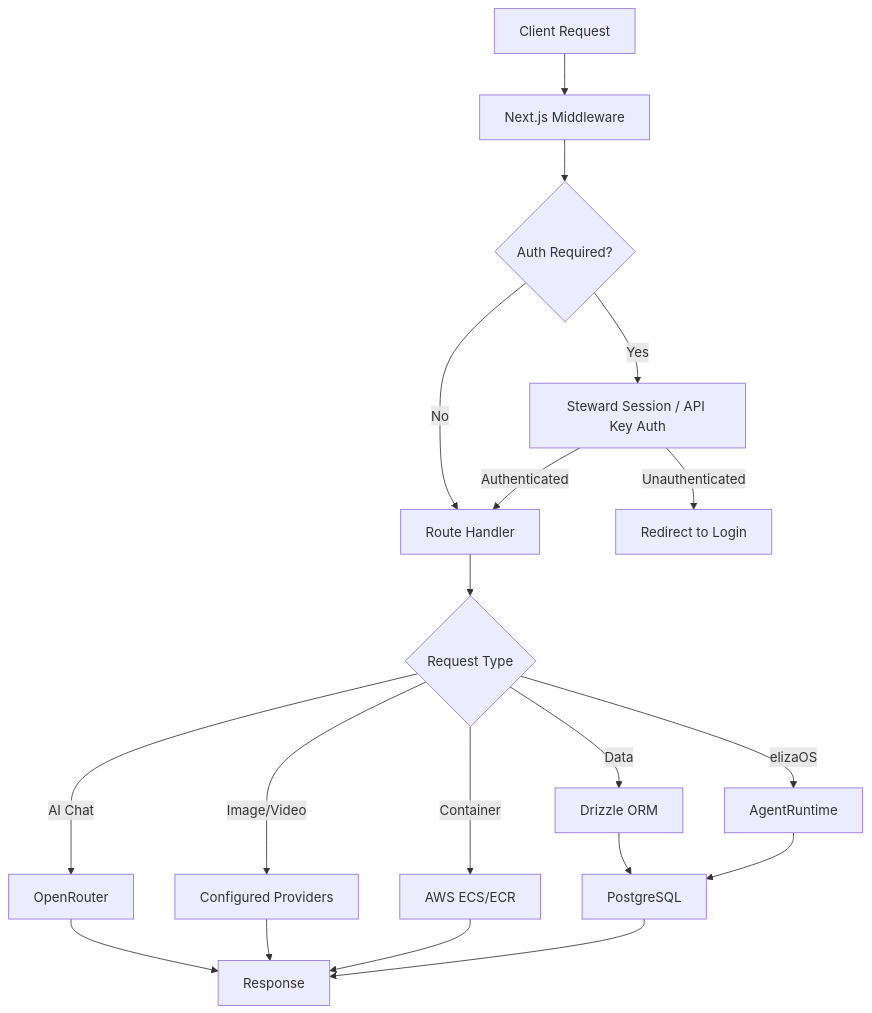
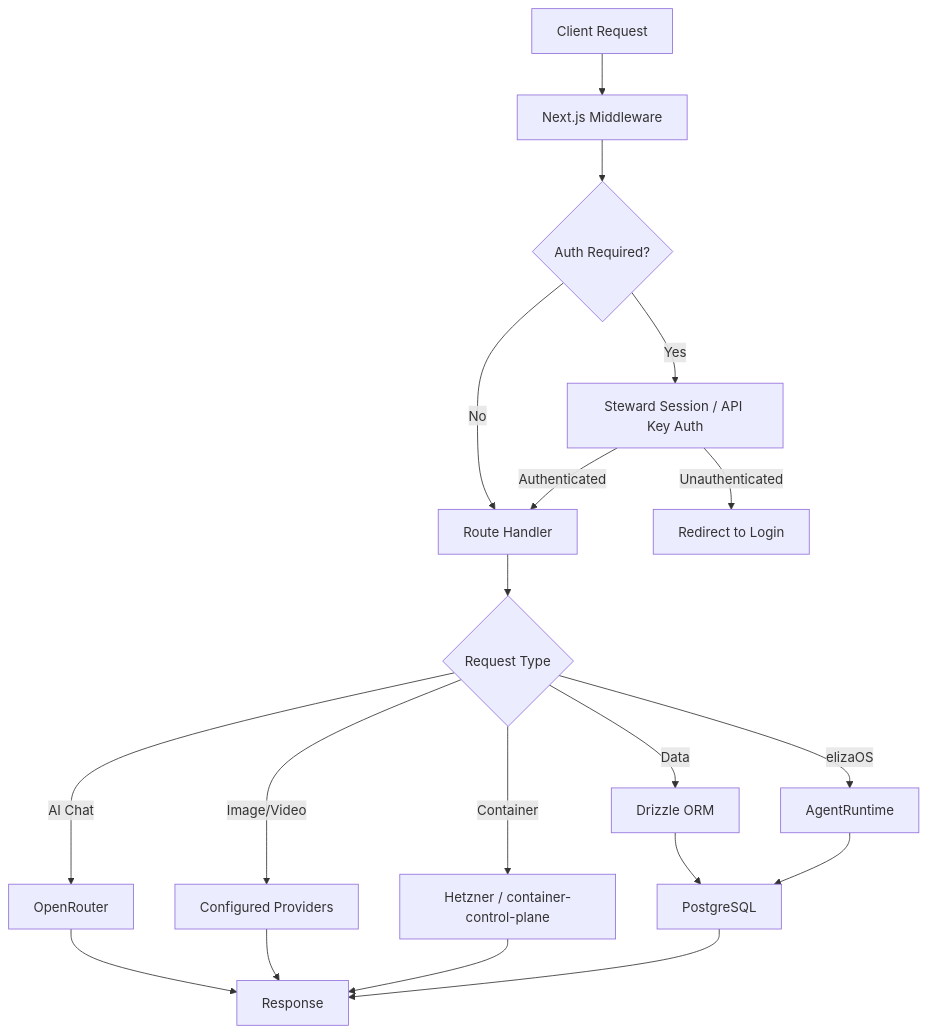
The diagram in packages/cloud-shared/README.md (elizaOS/eliza), drawn with Mermaid before and after one commit. The commit also changed other lines of this file and 730 other files, not shown here.

````diff
--- a/packages/cloud-shared/README.md
+++ b/packages/cloud-shared/README.md
@@ -268,21 +263,21 @@
 ```mermaid
 graph TD
     A[Client Request] --> B[Next.js Middleware]
     B --> C{Auth Required?}
     C -->|Yes| D[Steward Session / API Key Auth]
     C -->|No| E[Route Handler]
     D -->|Authenticated| E
     D -->|Unauthenticated| F[Redirect to Login]
     E --> G{Request Type}
     G -->|AI Chat| H[OpenRouter]
     G -->|Image/Video| I[Configured Providers]
     G -->|Data| J[Drizzle ORM]
-    G -->|Container| K[AWS ECS/ECR]
+    G -->|Container| K[Hetzner / container-control-plane]
     G -->|elizaOS| L[AgentRuntime]
     H --> M[Response]
     I --> M
     J --> N[PostgreSQL]
     K --> M
     L --> N
     N --> M
 ```
````
